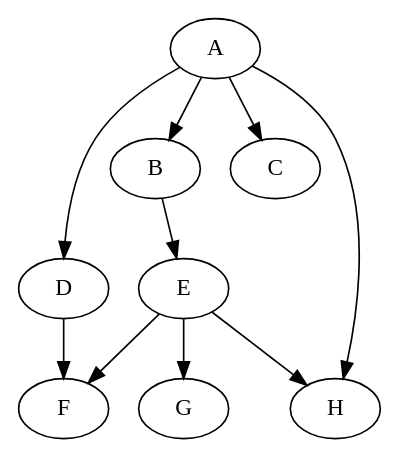
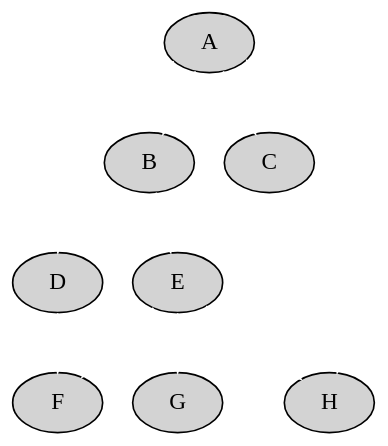
One commit to howardabrams/hamacs changed the diagram in ha-org.org. Above: the diagram before and after it, drawn with Graphviz. The commit also changed other lines of this file and 2 other files, not shown here.

Commit message:
Fix the dashboard including a function to tell me what is available
Minor tweaks to things that have bothered me.

```diff
--- a/ha-org.org
+++ b/ha-org.org
@@ -305,12 +305,16 @@
-#+BEGIN_SRC dot :file ha-org-graphviz-example.png :exports file :results replace file
+#+BEGIN_SRC dot :file support/ha-org-graphviz-example.png :exports file :results replace file
   digraph G {
+    graph [bgcolor=transparent];
+    edge [color=white];
+    node[style=filled];
+
     A -> B -> E;
     A -> D;
     A -> C;
     E -> F;
     E -> H
     D -> F;
     A -> H;
     E -> G;
   }
 #+END_SRC
```
